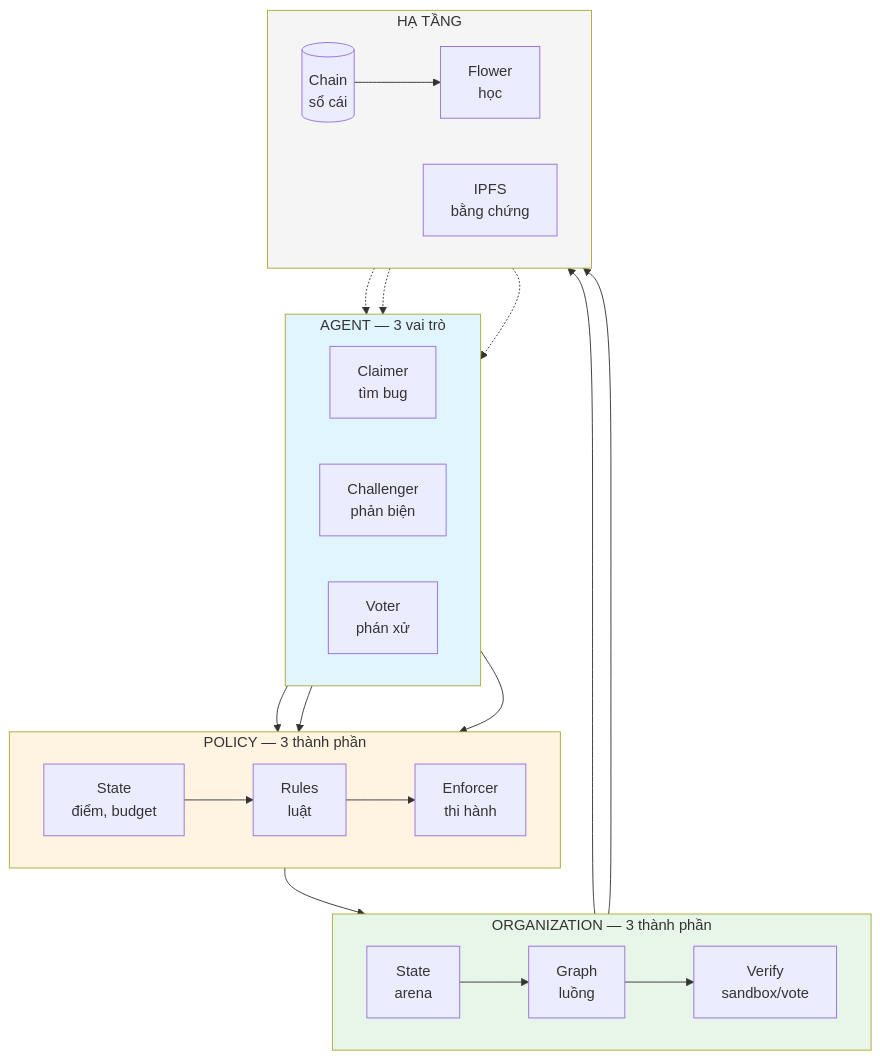
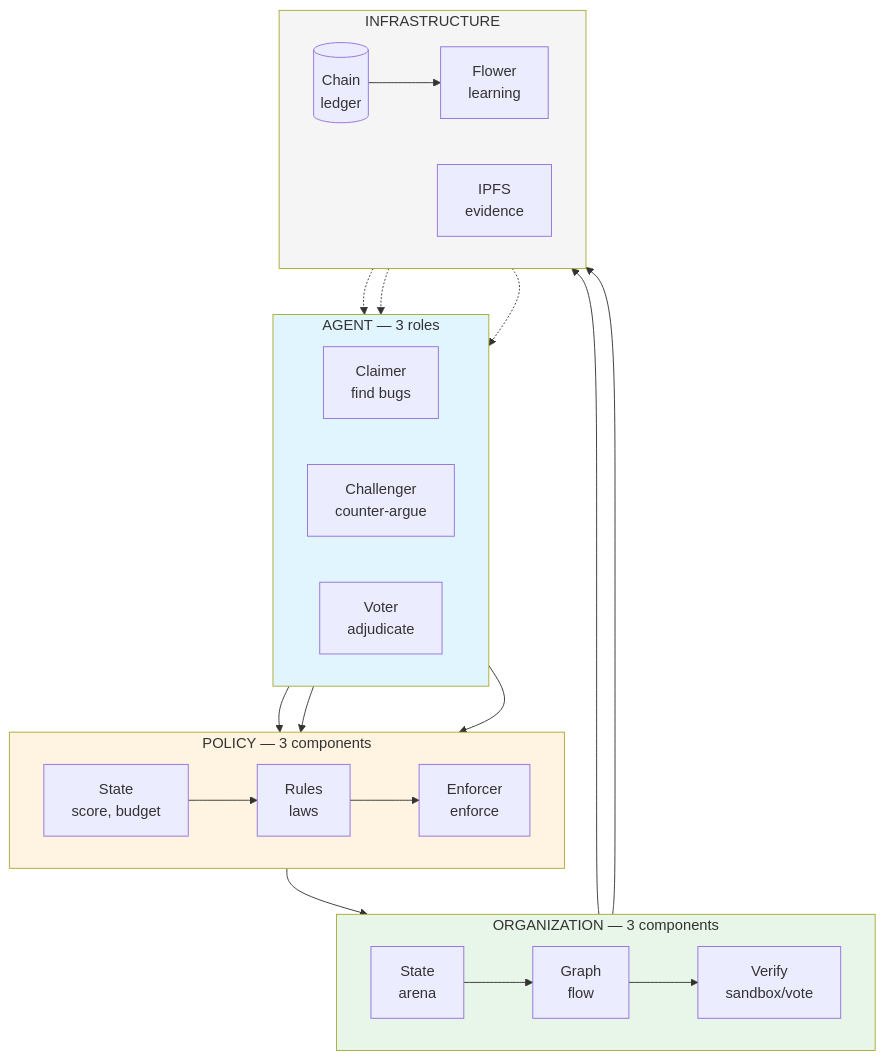
Before and after one commit to doyouwantto2/IE105: the third of 3 diagrams in README.md, drawn with Mermaid. The commit also changed other lines of this file, not shown here.

````diff
--- a/README.md
+++ b/README.md
@@ -57,44 +57,44 @@
 ```mermaid
 flowchart TB
-    subgraph Agents["AGENT — 3 vai trò"]
+    subgraph Agents["AGENT — 3 roles"]
         direction LR
-        A1[Claimer<br/>tìm bug]
-        A2[Challenger<br/>phản biện]
-        A3[Voter<br/>phán xử]
+        A1[Claimer<br/>find bugs]
+        A2[Challenger<br/>counter-argue]
+        A3[Voter<br/>adjudicate]
     end
 
-    subgraph Policy["POLICY — 3 thành phần"]
+    subgraph Policy["POLICY — 3 components"]
         direction LR
-        P1[State<br/>điểm, budget]
-        P2[Rules<br/>luật]
-        P3[Enforcer<br/>thi hành]
+        P1[State<br/>score, budget]
+        P2[Rules<br/>laws]
+        P3[Enforcer<br/>enforce]
     end
 
-    subgraph Org["ORGANIZATION — 3 thành phần"]
+    subgraph Org["ORGANIZATION — 3 components"]
         direction LR
         O1[State<br/>arena]
-        O2[Graph<br/>luồng]
+        O2[Graph<br/>flow]
         O3[Verify<br/>sandbox/vote]
     end
 
-    subgraph Ext["HẠ TẦNG"]
+    subgraph Ext["INFRASTRUCTURE"]
         direction LR
-        C[(Chain<br/>sổ cái)]
-        F[Flower<br/>học]
-        I[IPFS<br/>bằng chứng]
+        C[(Chain<br/>ledger)]
+        F[Flower<br/>learning]
+        I[IPFS<br/>evidence]
     end
 
     A1 & A2 & A3 --> P1
     P1 --> P2 --> P3
     P3 --> O1
     O1 --> O2 --> O3
     O3 --> C
     O3 --> I
     C --> F
     F -.-> A1 & A2 & A3
 
     style Agents fill:#e1f5ff
     style Policy fill:#fff4e1
     style Org fill:#e8f5e9
     style Ext fill:#f5f5f5
 ```
````
